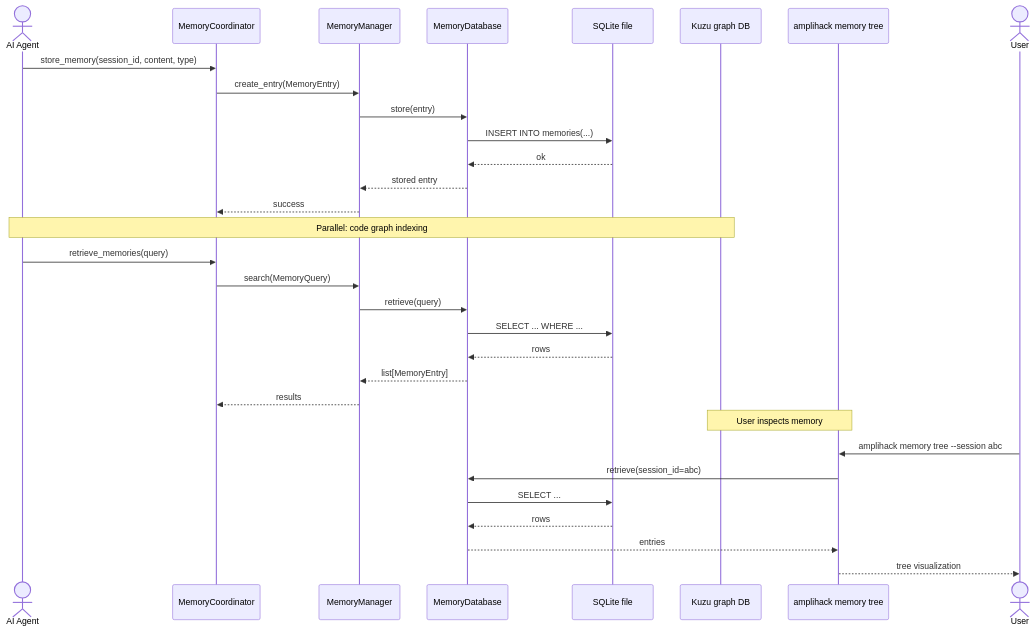
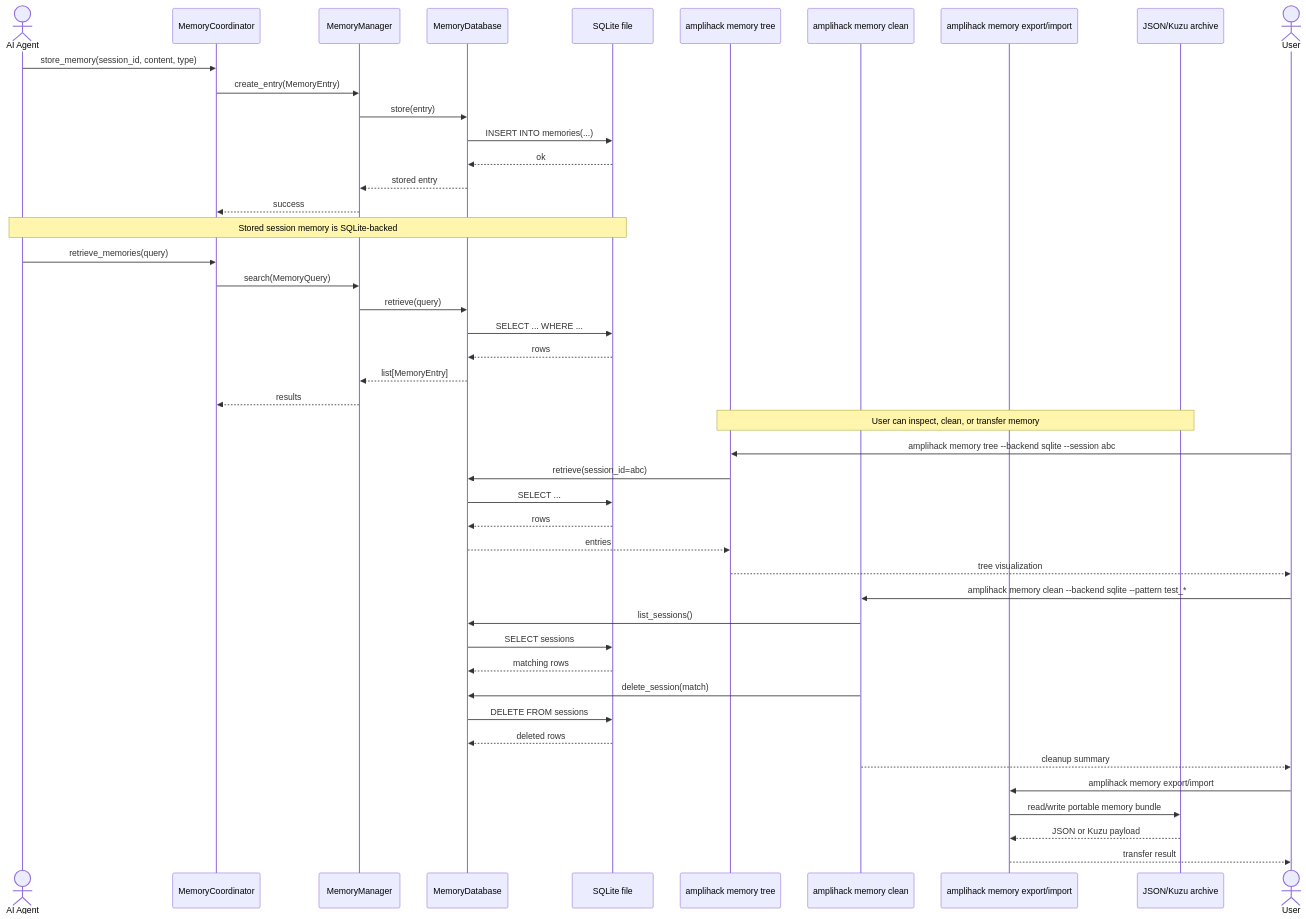
The diagram in docs/atlas/user-journeys/journey-memory-store.mmd (rysweet/amplihack), drawn with Mermaid before and after one commit. The commit also changed 6 other files, not shown here.

```diff
--- a/docs/atlas/user-journeys/journey-memory-store.mmd
+++ b/docs/atlas/user-journeys/journey-memory-store.mmd
@@ -1,36 +1,52 @@
 sequenceDiagram
     actor Agent as AI Agent
     participant Coord as MemoryCoordinator
     participant Mgr as MemoryManager
     participant DB as MemoryDatabase
     participant SQLite as SQLite file
-    participant Kuzu as Kuzu graph DB
-    participant CLI as amplihack memory tree
+    participant TreeCLI as amplihack memory tree
+    participant CleanCLI as amplihack memory clean
+    participant TransferCLI as amplihack memory export/import
+    participant Archive as JSON/Kuzu archive
 
     Agent->>Coord: store_memory(session_id, content, type)
     Coord->>Mgr: create_entry(MemoryEntry)
     Mgr->>DB: store(entry)
     DB->>SQLite: INSERT INTO memories(...)
     SQLite-->>DB: ok
     DB-->>Mgr: stored entry
     Mgr-->>Coord: success
 
-    Note over Agent,Kuzu: Parallel: code graph indexing
+    Note over Agent,SQLite: Stored session memory is SQLite-backed
 
     Agent->>Coord: retrieve_memories(query)
     Coord->>Mgr: search(MemoryQuery)
     Mgr->>DB: retrieve(query)
     DB->>SQLite: SELECT ... WHERE ...
     SQLite-->>DB: rows
     DB-->>Mgr: list[MemoryEntry]
     Mgr-->>Coord: results
 
-    Note over CLI,Kuzu: User inspects memory
+    Note over TreeCLI,Archive: User can inspect, clean, or transfer memory
 
     actor User
-    User->>CLI: amplihack memory tree --session abc
-    CLI->>DB: retrieve(session_id=abc)
+    User->>TreeCLI: amplihack memory tree --backend sqlite --session abc
+    TreeCLI->>DB: retrieve(session_id=abc)
     DB->>SQLite: SELECT ...
     SQLite-->>DB: rows
-    DB-->>CLI: entries
-    CLI-->>User: tree visualization
+    DB-->>TreeCLI: entries
+    TreeCLI-->>User: tree visualization
+
+    User->>CleanCLI: amplihack memory clean --backend sqlite --pattern test_*
+    CleanCLI->>DB: list_sessions()
+    DB->>SQLite: SELECT sessions
+    SQLite-->>DB: matching rows
+    CleanCLI->>DB: delete_session(match)
+    DB->>SQLite: DELETE FROM sessions
+    SQLite-->>DB: deleted rows
+    CleanCLI-->>User: cleanup summary
+
+    User->>TransferCLI: amplihack memory export/import
+    TransferCLI->>Archive: read/write portable memory bundle
+    Archive-->>TransferCLI: JSON or Kuzu payload
+    TransferCLI-->>User: transfer result
```
